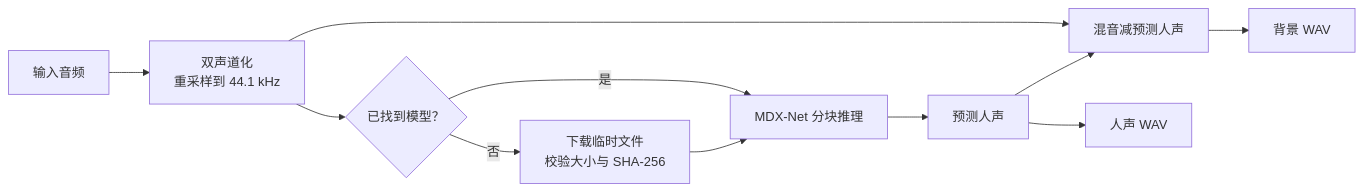
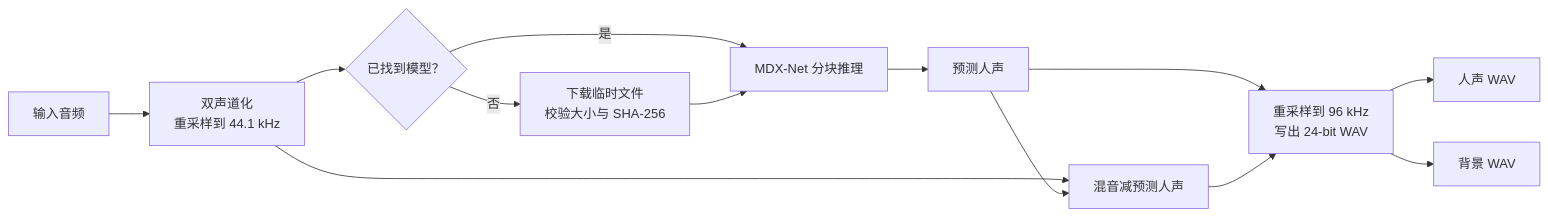
One commit to ChouChiu/Purivox changed the diagram in docs/neural-separation.md. Above: the diagram before and after it, drawn with Mermaid. The commit also changed other lines of this file and 12 other files, not shown here.

````diff
--- a/docs/neural-separation.md
+++ b/docs/neural-separation.md
@@ -23,13 +23,15 @@
 ```mermaid
 flowchart LR
     input["输入音频"] --> stereo["双声道化<br/>重采样到 44.1 kHz"]
     stereo --> model{"已找到模型？"}
     model -->|否| download["下载临时文件<br/>校验大小与 SHA-256"]
     model -->|是| infer["MDX-Net 分块推理"]
     download --> infer
     infer --> vocal["预测人声"]
     stereo --> subtract["混音减预测人声"]
     vocal --> subtract
-    vocal --> vocalout["人声 WAV"]
-    subtract --> background["背景 WAV"]
+    vocal --> hires["重采样到 96 kHz<br/>写出 24-bit WAV"]
+    subtract --> hires
+    hires --> vocalout["人声 WAV"]
+    hires --> background["背景 WAV"]
 ```
````
